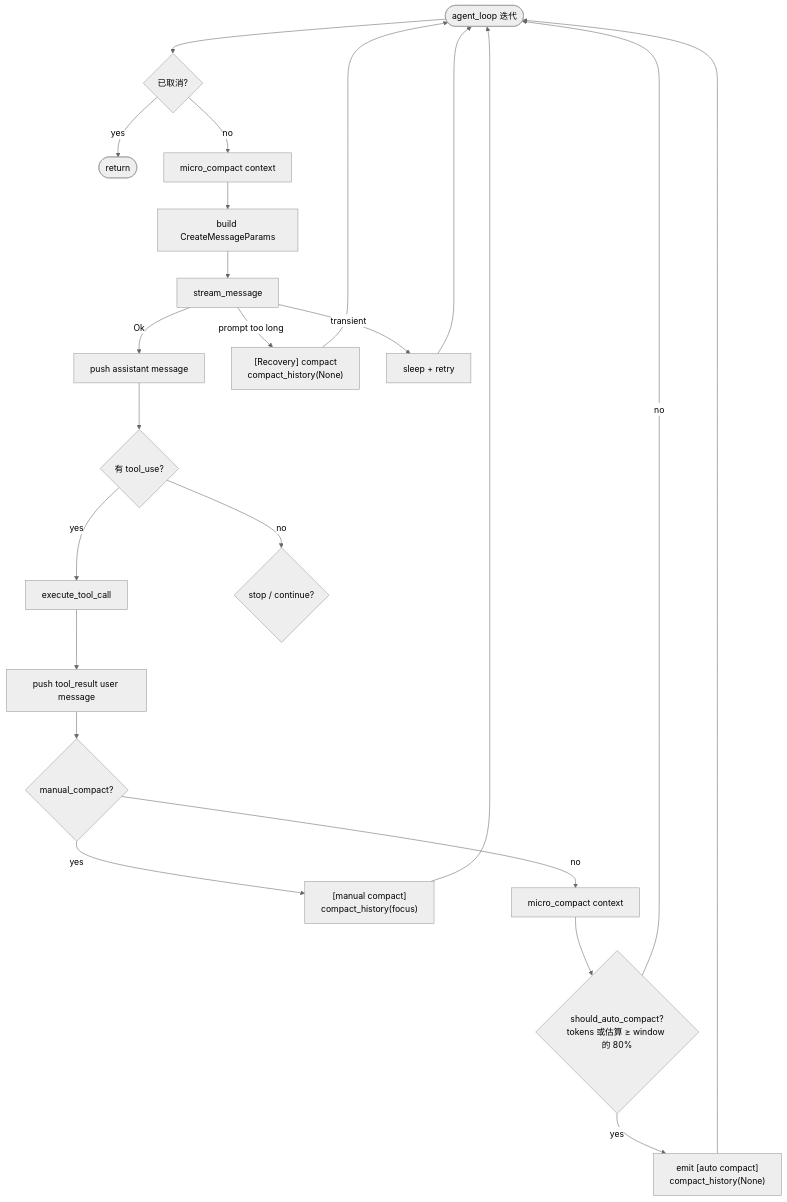
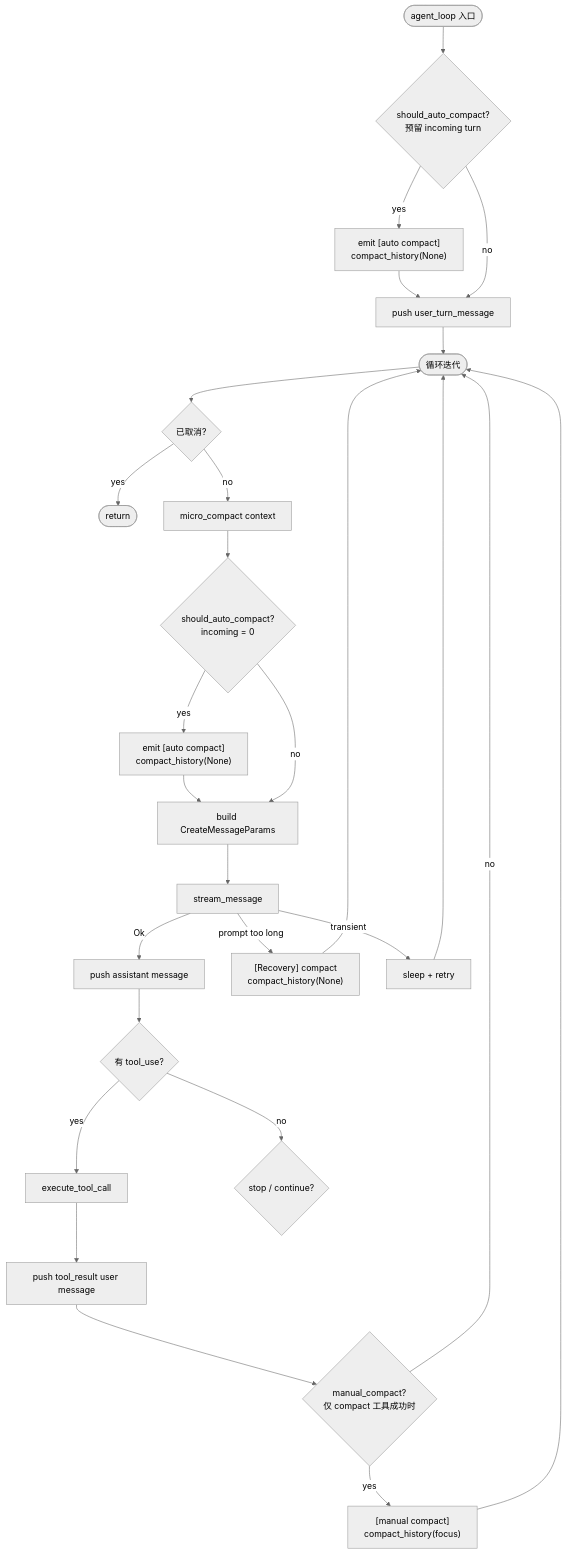
One commit to rust-infra/tact changed the third of 15 diagrams in book/05_chapter_compact_zh.md. Above: the diagram before and after it, drawn with Mermaid (neutral theme). The commit also changed other lines of this file and 21 other files, not shown here.

````diff
--- a/book/05_chapter_compact_zh.md
+++ b/book/05_chapter_compact_zh.md
@@ -84,25 +84,29 @@
 ```mermaid
 flowchart TD
-    Start([agent_loop 迭代]) --> Cancel{已取消?}
+    Entry([agent_loop 入口]) --> EntrySize{"should_auto_compact?<br/>预留 incoming turn"}
+    EntrySize -->|yes| EntryAuto["emit [auto compact]<br/>compact_history(None)"]
+    EntryAuto --> Push[push user_turn_message]
+    EntrySize -->|no| Push
+    Push --> Start([循环迭代])
+    Start --> Cancel{已取消?}
     Cancel -->|yes| Exit([return])
     Cancel -->|no| MC[micro_compact context]
-    MC --> Build[build CreateMessageParams]
+    MC --> Size{"should_auto_compact?<br/>incoming = 0"}
+    Size -->|yes| Auto["emit [auto compact]<br/>compact_history(None)"]
+    Auto --> Build
+    Size -->|no| Build[build CreateMessageParams]
     Build --> Stream[stream_message]
     Stream -->|Ok| Assist[push assistant message]
     Stream -->|prompt too long| Rec["[Recovery] compact<br/>compact_history(None)"]
     Rec --> Start
     Stream -->|transient| Backoff[sleep + retry]
     Backoff --> Start
     Assist --> Tools{有 tool_use?}
     Tools -->|yes| Exec[execute_tool_call]
     Exec --> Persist[push tool_result user message]
-    Persist --> Man{manual_compact?}
+    Persist --> Man{"manual_compact?<br/>仅 compact 工具成功时"}
     Man -->|yes| MC2["[manual compact]<br/>compact_history(focus)"]
     MC2 --> Start
-    Man -->|no| MC3[micro_compact context]
-    MC3 --> Size{should_auto_compact?<br/>tokens 或估算 ≥ window 的 80%}
-    Size -->|yes| Auto["emit [auto compact]<br/>compact_history(None)"]
-    Auto --> Start
-    Size -->|no| Start
+    Man -->|no| Start
     Tools -->|no| Done{stop / continue?}
 ```
````
